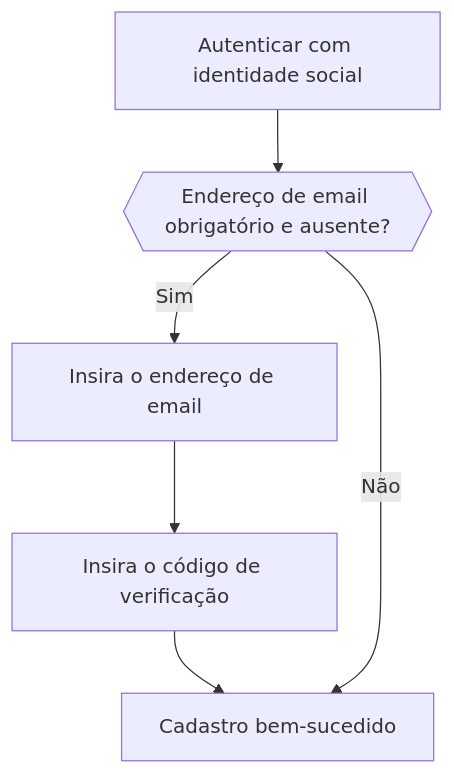
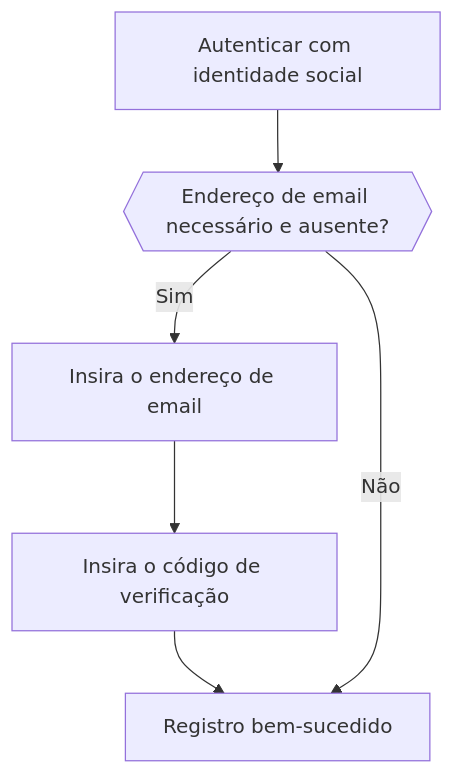
Before and after one commit to logto-io/docs: the fourth of 5 diagrams in i18n/pt-BR/docusaurus-plugin-content-docs/current/end-user-flows/sign-up-and-sign-in/social-sign-in.mdx, drawn with Mermaid. The commit also changed other lines of this file and 234 other files, not shown here.

````diff
--- a/i18n/pt-BR/docusaurus-plugin-content-docs/current/end-user-flows/sign-up-and-sign-in/social-sign-in.mdx
+++ b/i18n/pt-BR/docusaurus-plugin-content-docs/current/end-user-flows/sign-up-and-sign-in/social-sign-in.mdx
@@ -136,8 +136,8 @@
    ```mermaid
    flowchart TD
-      A[Autenticar com identidade social] --> B{{Endereço de email obrigatório e ausente?}}
+      A[Autenticar com identidade social] --> B{{Endereço de email necessário e ausente?}}
       B -- Sim --> C[Insira o endereço de email]
       C --> D[Insira o código de verificação]
-      D --> E[Cadastro bem-sucedido]
+      D --> E[Registro bem-sucedido]
       B -- Não --> E
    ```
````
